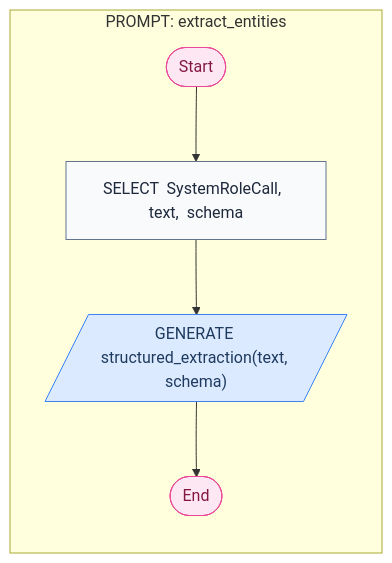
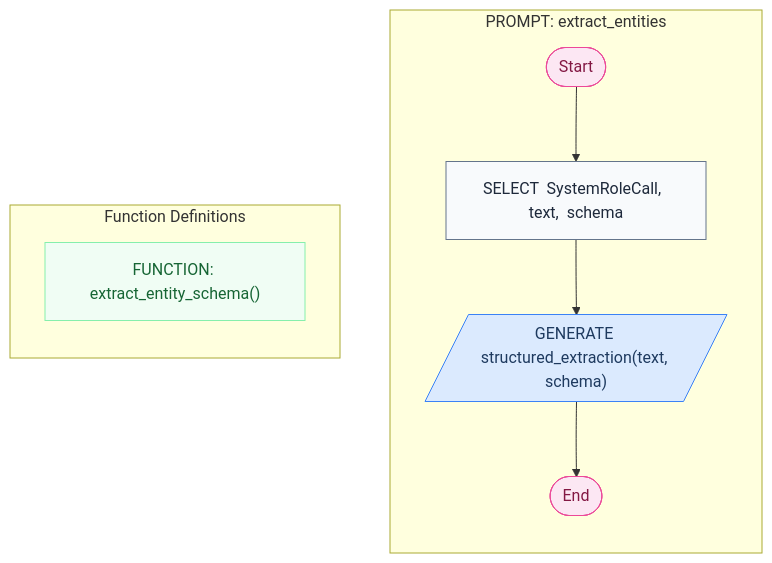
One commit to digital-duck/SPL.py changed the diagram in cookbook/23_structured_output/mermaid/structured_output.md. Above: the diagram before and after it, drawn with Mermaid. The commit also changed 334 other files, not shown here.

````diff
--- a/cookbook/23_structured_output/mermaid/structured_output.md
+++ b/cookbook/23_structured_output/mermaid/structured_output.md
@@ -7,21 +7,26 @@
 ```mermaid
 flowchart TD
     subgraph SG_extract_entities["PROMPT: extract_entities"]
     direction TB
     START1(["Start"])
     SEL2["SELECT  SystemRoleCall,  text,  schema"]
     START1 --> SEL2
     GEN3[/"GENERATE structured_extraction(text, schema)"/]
     SEL2 --> GEN3
     END4(["End"])
     GEN3 --> END4
     end
+    subgraph FUNCTIONS["Function Definitions"]
+    direction TB
+    FN5["FUNCTION: extract_entity_schema()"]
+    end
     class START1 term
     class SEL2 assign
     class GEN3 llm
     class END4 term
+    class FN5 fn
     classDef llm fill:#dbeafe,stroke:#3b82f6,color:#1e3a5f
     classDef term fill:#fce7f3,stroke:#ec4899,color:#831843
     classDef fn fill:#f0fdf4,stroke:#86efac,color:#166534
     classDef assign fill:#f8fafc,stroke:#64748b,color:#1e293b
 ```
````
